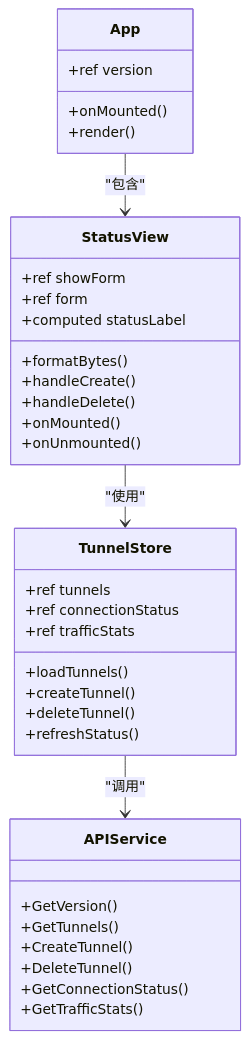
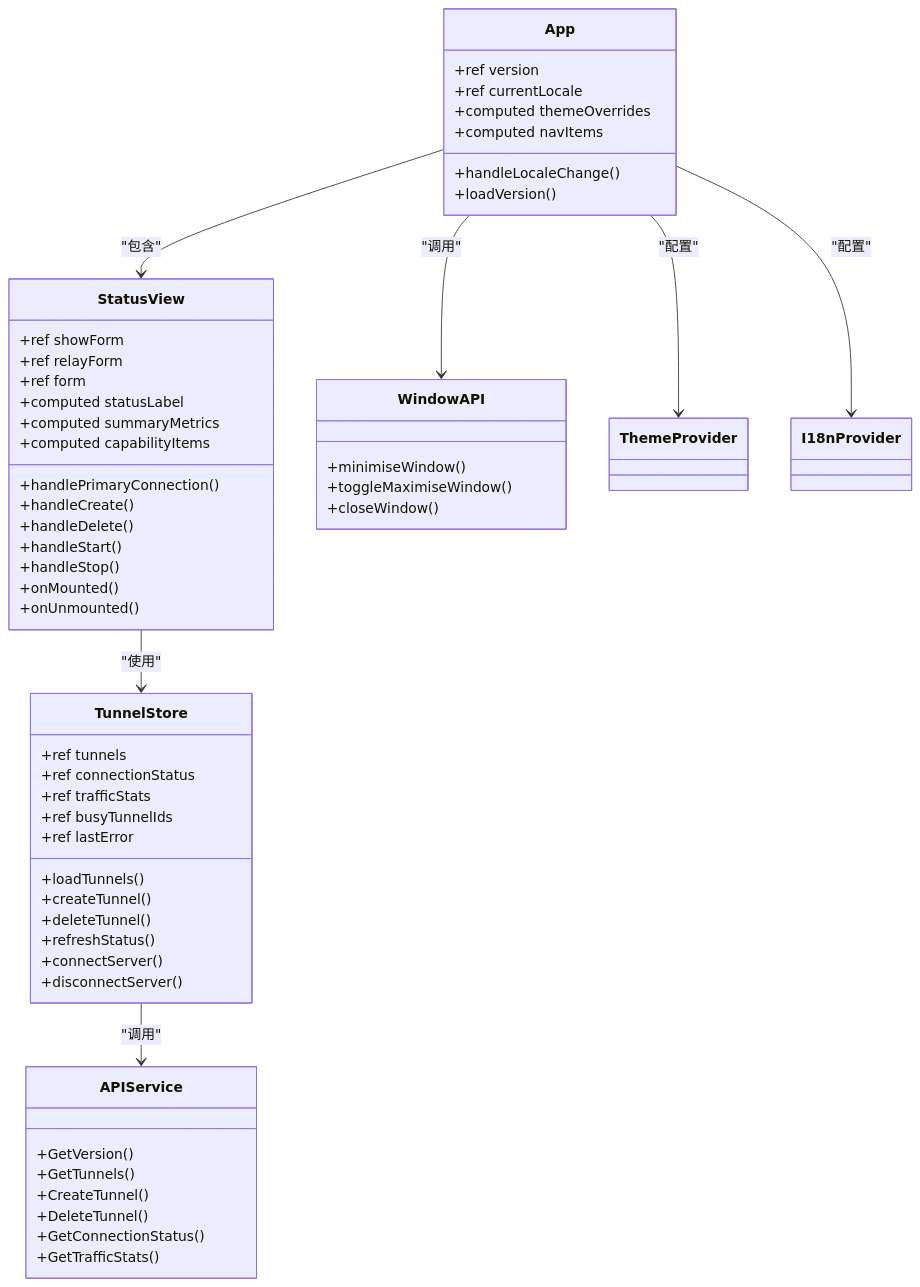
The second of 13 diagrams in .qoder/repowiki/zh/content/架构设计/桌面端架构设计/组件系统设计/组件系统设计.md (itsharex/NexTunnel), drawn with Mermaid before and after one commit. The commit also changed other lines of this file and 41 other files, not shown here.

````diff
--- a/.qoder/repowiki/zh/content/架构设计/桌面端架构设计/组件系统设计/组件系统设计.md
+++ b/.qoder/repowiki/zh/content/架构设计/桌面端架构设计/组件系统设计/组件系统设计.md
@@ -95,38 +121,58 @@
 ```mermaid
 classDiagram
 class App {
 +ref version
-+onMounted()
-+render()
++ref currentLocale
++computed themeOverrides
++computed navItems
++handleLocaleChange()
++loadVersion()
 }
 class StatusView {
 +ref showForm
++ref relayForm
 +ref form
 +computed statusLabel
-+formatBytes()
++computed summaryMetrics
++computed capabilityItems
++handlePrimaryConnection()
 +handleCreate()
 +handleDelete()
++handleStart()
++handleStop()
 +onMounted()
 +onUnmounted()
 }
 class TunnelStore {
 +ref tunnels
 +ref connectionStatus
 +ref trafficStats
++ref busyTunnelIds
++ref lastError
 +loadTunnels()
 +createTunnel()
 +deleteTunnel()
 +refreshStatus()
++connectServer()
++disconnectServer()
 }
 class APIService {
 +GetVersion()
 +GetTunnels()
 +CreateTunnel()
 +DeleteTunnel()
 +GetConnectionStatus()
 +GetTrafficStats()
 }
+class WindowAPI {
++minimiseWindow()
++toggleMaximiseWindow()
++closeWindow()
+}
 App --> StatusView : "包含"
 StatusView --> TunnelStore : "使用"
 TunnelStore --> APIService : "调用"
+App --> WindowAPI : "调用"
+App --> ThemeProvider : "配置"
+App --> I18nProvider : "配置"
 ```
````
